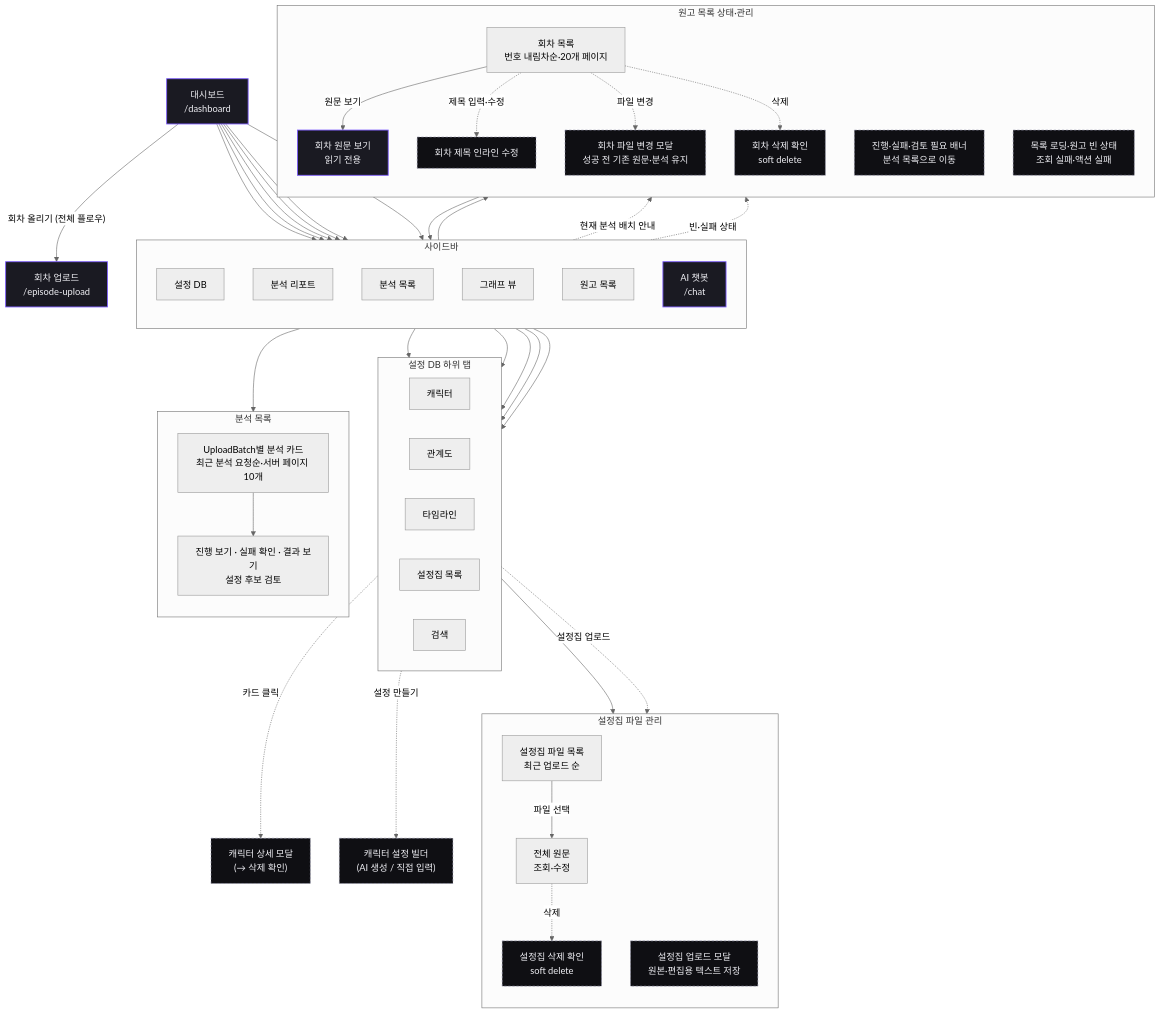
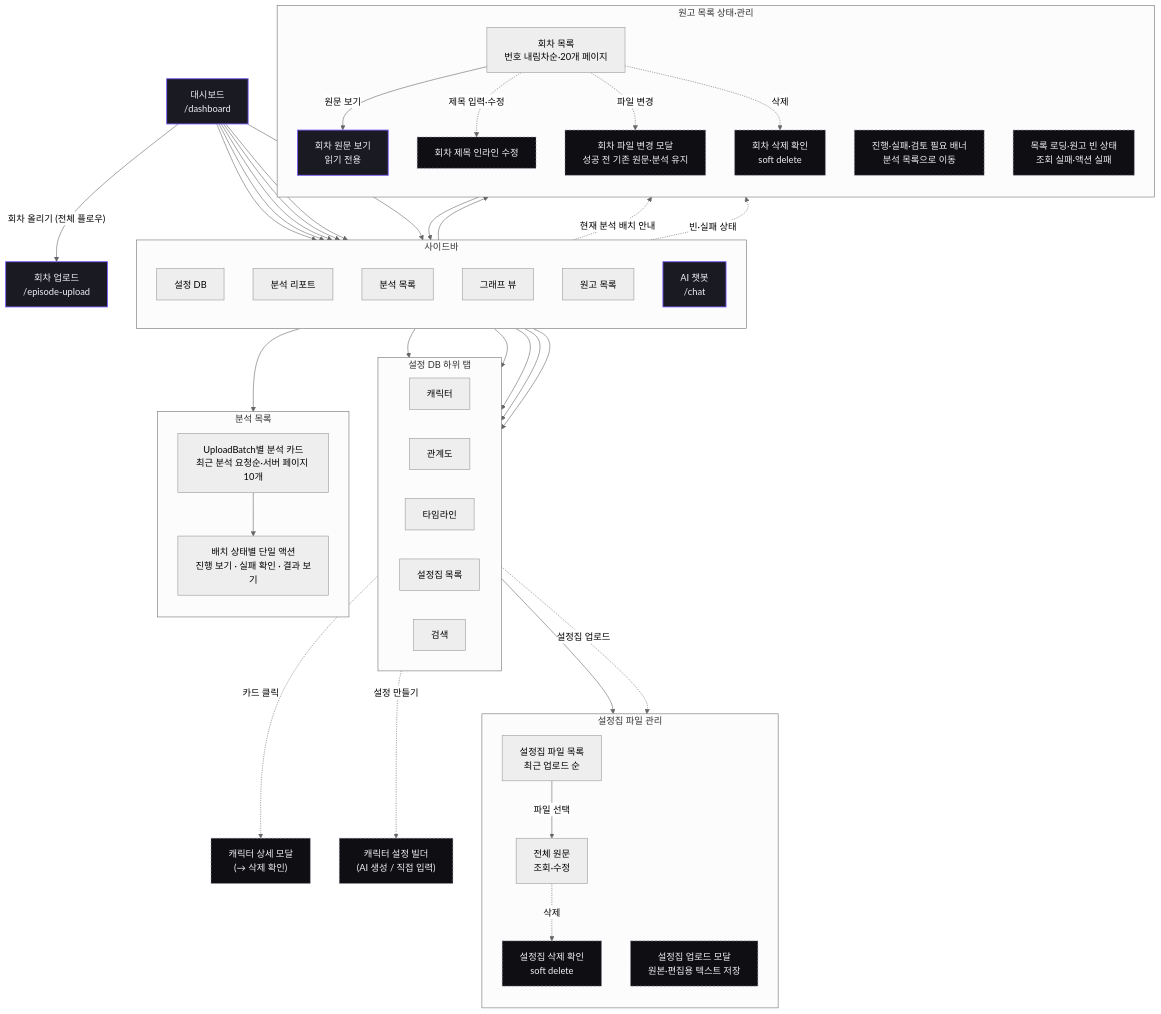
The fifth of 7 diagrams in docs/screen-flow.md (catchhole-soma/catchhole-front), drawn with Mermaid (neutral theme) before and after one commit. The commit also changed other lines of this file and 10 other files, not shown here.

````diff
--- a/docs/screen-flow.md
+++ b/docs/screen-flow.md
@@ -224,80 +225,80 @@
 ```mermaid
 flowchart TD
   dashboard["대시보드<br/>/dashboard"]:::private
 
   subgraph SIDEBAR["사이드바"]
     direction TB
     nav_settingDB["설정 DB"]
     nav_reports["분석 리포트"]
     nav_analyses["분석 목록"]
     nav_graph["그래프 뷰"]
     nav_manuscripts["원고 목록"]
     nav_chat["AI 챗봇<br/>/chat"]:::private
   end
 
   dashboard --> nav_settingDB
   dashboard --> nav_reports
   dashboard --> nav_analyses
   dashboard --> nav_graph
   dashboard --> nav_manuscripts
   dashboard --> nav_chat
 
   subgraph TABS["설정 DB 하위 탭"]
     direction LR
     t_char["캐릭터"]
     t_rel["관계도"]
     t_time["타임라인"]
     t_world["설정집 목록"]
     t_search["검색"]
   end
   nav_settingDB --> t_char & t_rel & t_time & t_world & t_search
 
   subgraph ANALYSES["분석 목록"]
     direction TB
     analysis_batches["UploadBatch별 분석 카드<br/>최근 분석 요청순·서버 페이지 10개"]
-    analysis_actions["진행 보기 · 실패 확인 · 결과 보기<br/>설정 후보 검토"]
+    analysis_actions["배치 상태별 단일 액션<br/>진행 보기 · 실패 확인 · 결과 보기"]
   end
   nav_analyses --> analysis_batches
   analysis_batches --> analysis_actions
 
   t_char -. "카드 클릭" .-> m_chardetail["캐릭터 상세 모달<br/>(→ 삭제 확인)"]:::modal
   t_char -. "설정 만들기" .-> m_settings["캐릭터 설정 빌더<br/>(AI 생성 / 직접 입력)"]:::modal
 
   subgraph SETTING_BOOKS["설정집 파일 관리"]
     direction TB
     setting_source["설정집 파일 목록<br/>최근 업로드 순"]
     setting_viewer["전체 원문<br/>조회·수정"]
     setting_upload["설정집 업로드 모달<br/>원본·편집용 텍스트 저장"]:::modal
     setting_delete["설정집 삭제 확인<br/>soft delete"]:::modal
   end
 
   t_world --> setting_source
   setting_source -- "파일 선택" --> setting_viewer
   t_world -. "설정집 업로드" .-> setting_upload
   setting_viewer -. "삭제" .-> setting_delete
 
   subgraph MANUSCRIPTS["원고 목록 상태·관리"]
     direction TB
     episode_list["회차 목록<br/>번호 내림차순·20개 페이지"]
     analysis_notice["진행·실패·검토 필요 배너<br/>분석 목록으로 이동"]:::modal
     list_state["목록 로딩·원고 빈 상태<br/>조회 실패·액션 실패"]:::modal
     source_viewer["회차 원문 보기<br/>읽기 전용"]:::private
     title_edit["회차 제목 인라인 수정"]:::modal
     file_replace["회차 파일 변경 모달<br/>성공 전 기존 원문·분석 유지"]:::modal
     delete_confirm["회차 삭제 확인<br/>soft delete"]:::modal
   end
 
   nav_manuscripts --> episode_list
   nav_manuscripts -. "현재 분석 배치 안내" .-> analysis_notice
   analysis_notice --> nav_analyses
   nav_manuscripts -. "빈·실패 상태" .-> list_state
   episode_list -- "원문 보기" --> source_viewer
   episode_list -. "제목 입력·수정" .-> title_edit
   episode_list -. "파일 변경" .-> file_replace
   episode_list -. "삭제" .-> delete_confirm
 
   dashboard -- "회차 올리기 (전체 플로우)" --> upload["회차 업로드<br/>/episode-upload"]:::private
 
   classDef private fill:#1A1A22,stroke:#7C5CFC,stroke-width:1.5px,color:#F0F0F5;
   classDef modal fill:#0F0F13,stroke:#9090A8,stroke-dasharray:4 3,color:#F0F0F5;
 ```
````
